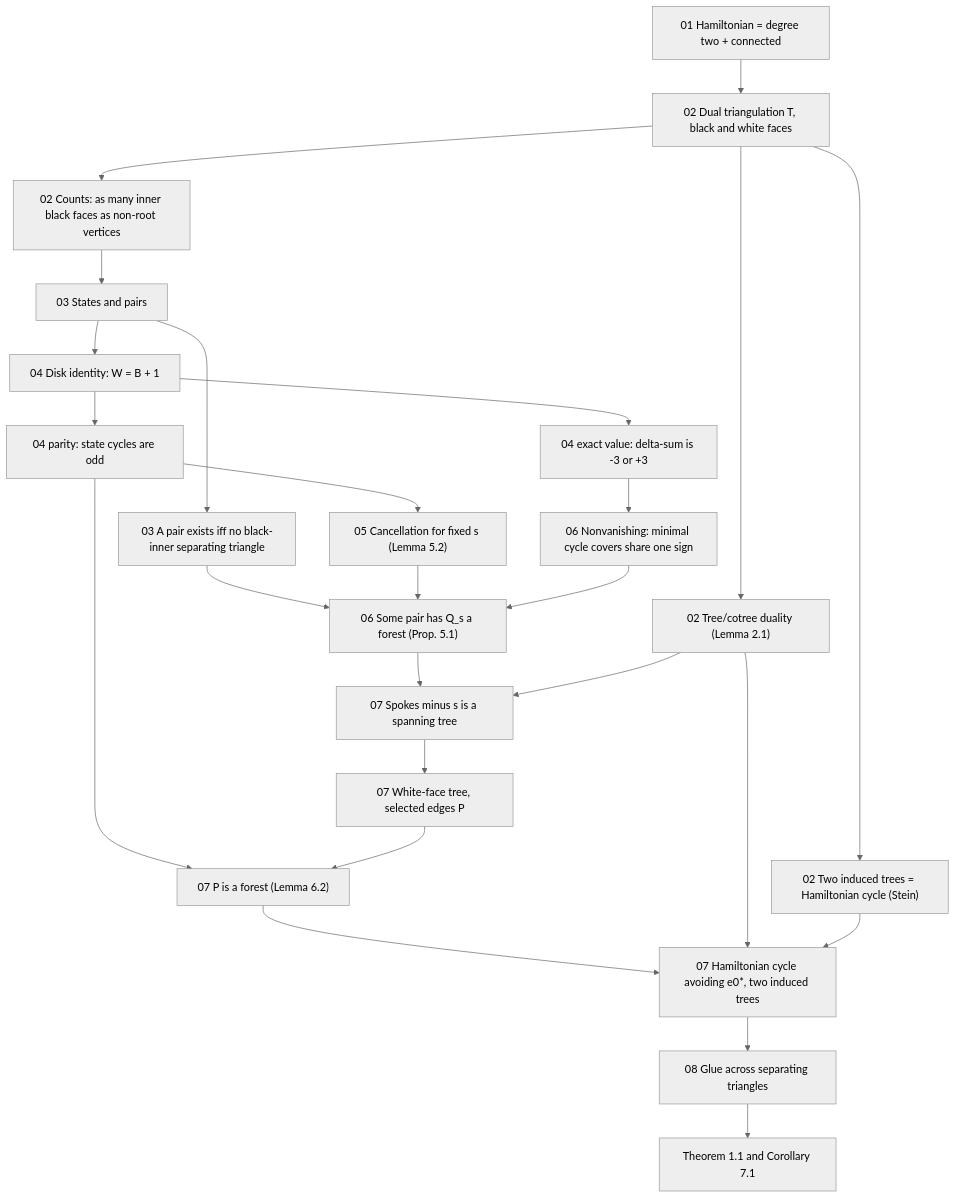
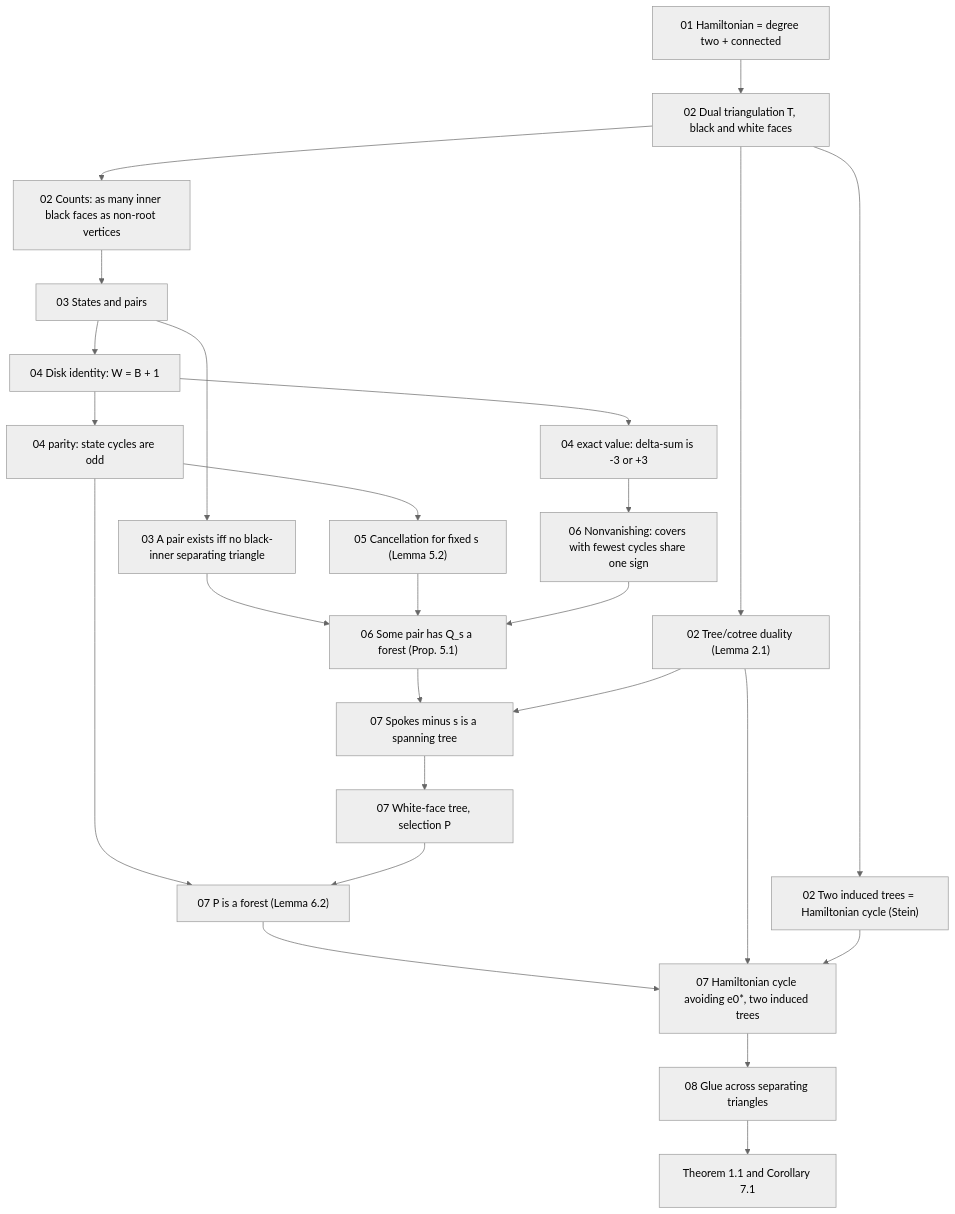
Before and after one commit to Tomodovodoo/mathathon-Barnette-s-Conjecture: the diagram in digestions/steps/00-overview.md, drawn with Mermaid (neutral theme). The commit also changed other lines of this file and 96 other files, not shown here.

````diff
--- a/digestions/steps/00-overview.md
+++ b/digestions/steps/00-overview.md
@@ -32,27 +32,27 @@
 ```mermaid
 flowchart TD
     A["01 Hamiltonian = degree two + connected"] --> B["02 Dual triangulation T, black and white faces"]
     B --> C["02 Two induced trees = Hamiltonian cycle (Stein)"]
     B --> D["02 Counts: as many inner black faces as non-root vertices"]
     B --> L["02 Tree/cotree duality (Lemma 2.1)"]
     D --> E["03 States and pairs"]
     E --> F["03 A pair exists iff no black-inner separating triangle"]
     E --> G["04 Disk identity: W = B + 1"]
     G --> G1["04 parity: state cycles are odd"]
     G --> G3["04 exact value: delta-sum is -3 or +3"]
     G1 --> H["05 Cancellation for fixed s (Lemma 5.2)"]
-    G3 --> I["06 Nonvanishing: minimal cycle covers share one sign"]
+    G3 --> I["06 Nonvanishing: covers with fewest cycles share one sign"]
     F --> J["06 Some pair has Q_s a forest (Prop. 5.1)"]
     H --> J
     I --> J
     J --> K["07 Spokes minus s is a spanning tree"]
     L --> K
-    K --> M["07 White-face tree, selected edges P"]
+    K --> M["07 White-face tree, selection P"]
     G1 --> N["07 P is a forest (Lemma 6.2)"]
     M --> N
     N --> O["07 Hamiltonian cycle avoiding e0*, two induced trees"]
     L --> O
     C --> O
     O --> P["08 Glue across separating triangles"]
     P --> Q["Theorem 1.1 and Corollary 7.1"]
 ```
````
